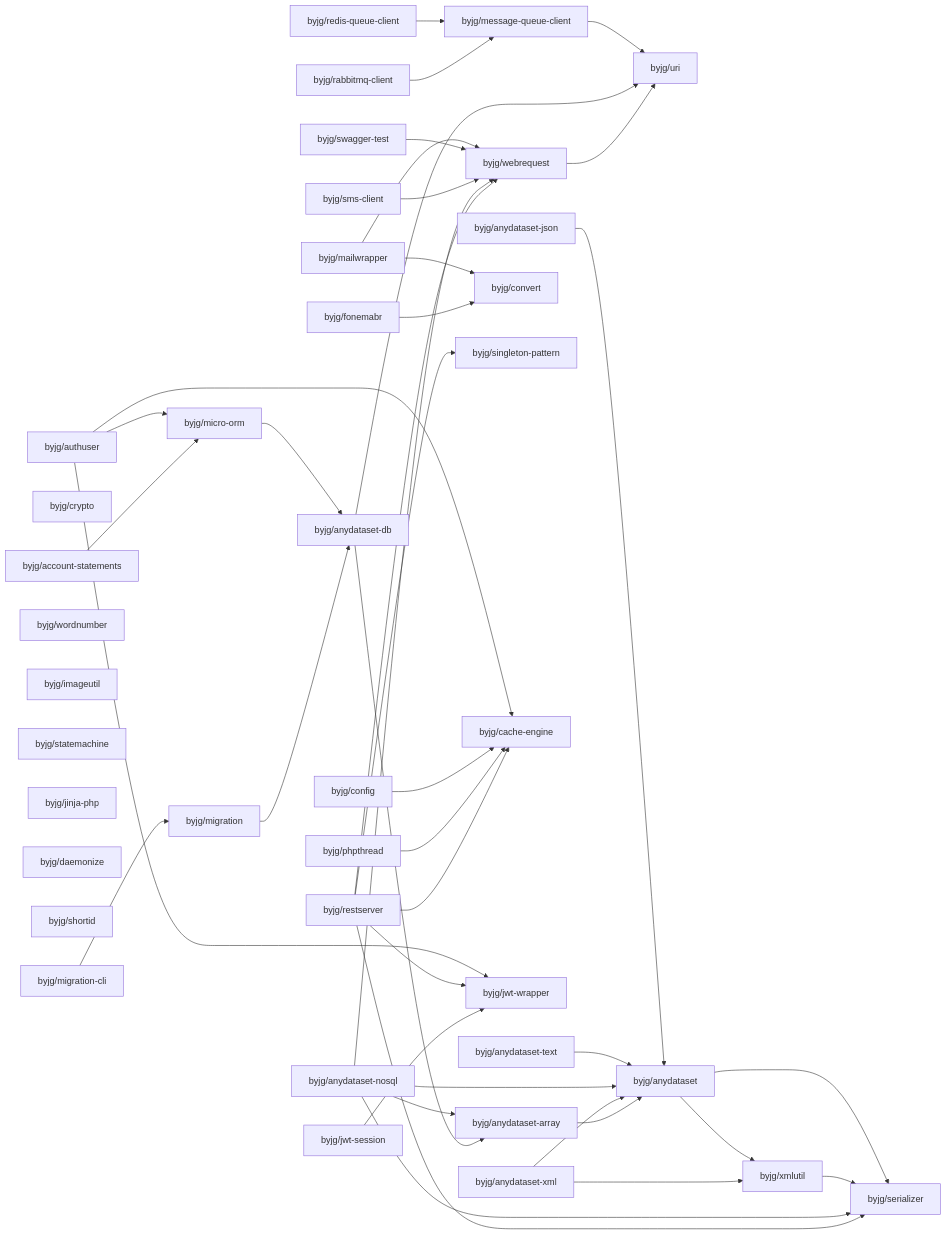
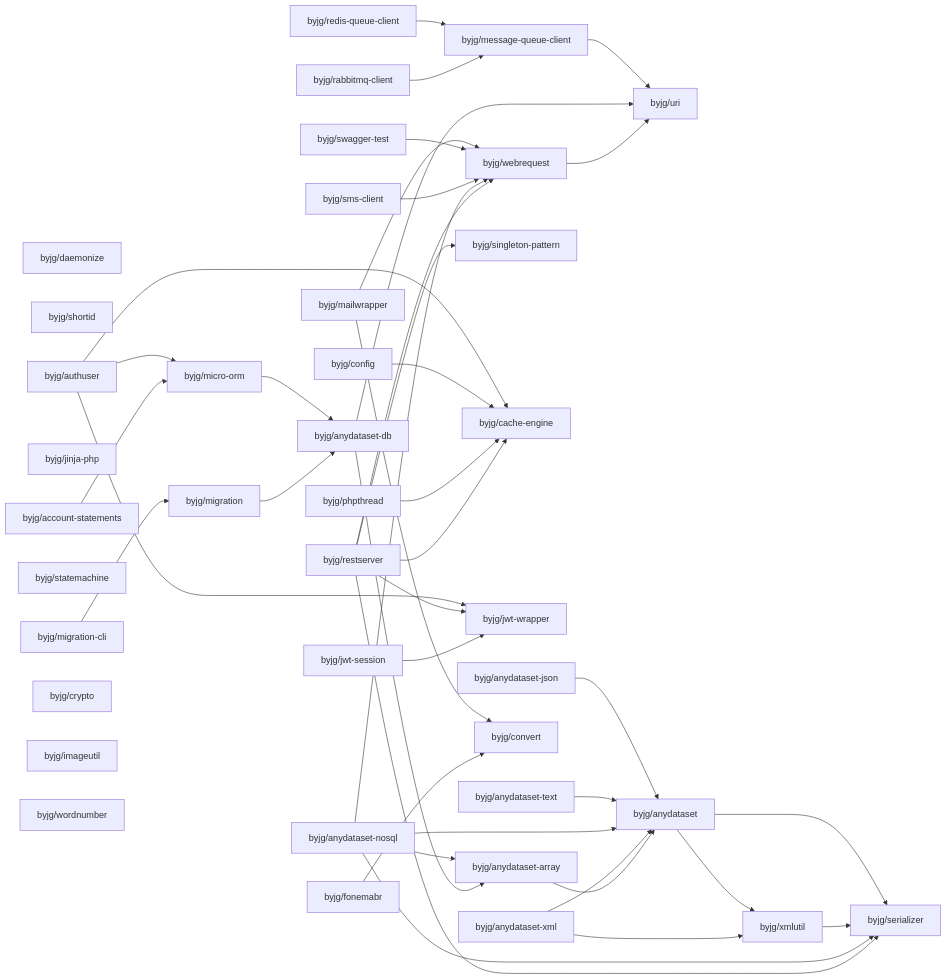
Before and after one commit to byjg/byjg.github.io: the diagram in docs/php/README.md, drawn with Mermaid. The commit also changed other lines of this file and 1 other file, not shown here.

Commit message:
Update documentation 'php' 'php-convert'

````diff
--- a/docs/php/README.md
+++ b/docs/php/README.md
@@ -3,79 +3,79 @@
 ```mermaid
 graph LR;
+  byjg/config;
+  byjg/daemonize;
+  byjg/shortid;
+  byjg/anydataset-json;
+  byjg/jwt-session;
+  byjg/anydataset-text;
   byjg/authuser;
-  byjg/crypto;
+  byjg/jinja-php;
+  byjg/account-statements;
+  byjg/fonemabr;
+  byjg/statemachine;
   byjg/migration-cli;
-  byjg/rabbitmq-client;
-  byjg/wordnumber;
   byjg/phpthread;
   byjg/redis-queue-client;
-  byjg/anydataset-text;
+  byjg/restserver;
+  byjg/crypto;
+  byjg/rabbitmq-client;
+  byjg/anydataset-nosql;
+  byjg/swagger-test;
   byjg/mailwrapper;
   byjg/imageutil;
-  byjg/config;
+  byjg/anydataset-xml;
   byjg/sms-client;
-  byjg/fonemabr;
-  byjg/statemachine;
-  byjg/jinja-php;
-  byjg/daemonize;
-  byjg/shortid;
-  byjg/account-statements;
-  byjg/jwt-session;
-  byjg/anydataset-xml;
-  byjg/anydataset-json;
-  byjg/swagger-test;
-  byjg/restserver;
-  byjg/anydataset-nosql;
+  byjg/wordnumber;
+  byjg/micro-orm;
   byjg/migration;
-  byjg/message-queue-client;
-  byjg/convert;
-  byjg/micro-orm;
   byjg/singleton-pattern;
   byjg/cache-engine;
   byjg/jwt-wrapper;
+  byjg/message-queue-client;
+  byjg/convert;
   byjg/webrequest;
   byjg/anydataset-db;
   byjg/anydataset-array;
   byjg/uri;
   byjg/anydataset;
   byjg/xmlutil;
   byjg/serializer;
   byjg/account-statements --> byjg/micro-orm;
   byjg/fonemabr --> byjg/convert;
   byjg/webrequest --> byjg/uri;
   byjg/anydataset-array --> byjg/anydataset;
   byjg/anydataset-xml --> byjg/anydataset;
   byjg/anydataset-xml --> byjg/xmlutil;
   byjg/rabbitmq-client --> byjg/message-queue-client;
   byjg/redis-queue-client --> byjg/message-queue-client;
   byjg/jwt-session --> byjg/jwt-wrapper;
   byjg/anydataset-db --> byjg/anydataset-array;
   byjg/anydataset-db --> byjg/uri;
   byjg/restserver --> byjg/serializer;
   byjg/restserver --> byjg/singleton-pattern;
   byjg/restserver --> byjg/cache-engine;
   byjg/restserver --> byjg/webrequest;
   byjg/restserver --> byjg/jwt-wrapper;
   byjg/migration --> byjg/anydataset-db;
   byjg/anydataset-nosql --> byjg/anydataset;
   byjg/anydataset-nosql --> byjg/anydataset-array;
   byjg/anydataset-nosql --> byjg/serializer;
   byjg/anydataset-nosql --> byjg/webrequest;
   byjg/phpthread --> byjg/cache-engine;
   byjg/sms-client --> byjg/webrequest;
   byjg/swagger-test --> byjg/webrequest;
   byjg/migration-cli --> byjg/migration;
   byjg/config --> byjg/cache-engine;
   byjg/anydataset-text --> byjg/anydataset;
   byjg/micro-orm --> byjg/anydataset-db;
   byjg/authuser --> byjg/micro-orm;
   byjg/authuser --> byjg/cache-engine;
   byjg/authuser --> byjg/jwt-wrapper;
   byjg/anydataset-json --> byjg/anydataset;
   byjg/mailwrapper --> byjg/convert;
   byjg/mailwrapper --> byjg/webrequest;
   byjg/xmlutil --> byjg/serializer;
   byjg/anydataset --> byjg/serializer;
   byjg/anydataset --> byjg/xmlutil;
   byjg/message-queue-client --> byjg/uri;
 ```
````
